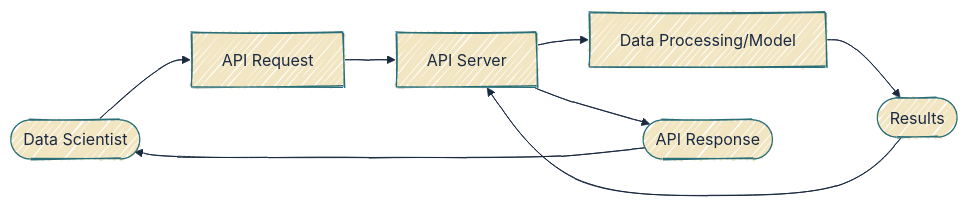
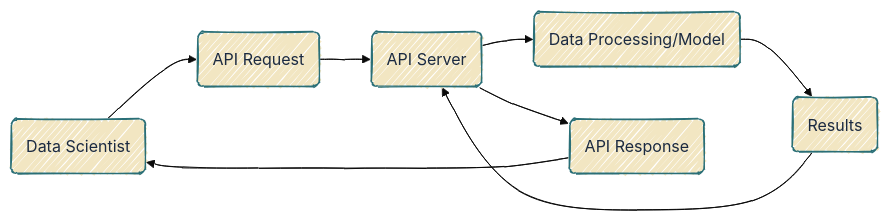
The fourth of 6 diagrams in lab03.qmd (mjfrigaard/do4ds-labs), drawn with Mermaid before and after one commit. The commit also changed other lines of this file and 37 other files, not shown here.

Commit message:
updates to mermaid

````diff
--- a/lab03.qmd
+++ b/lab03.qmd
@@ -226,16 +232,17 @@
 ```{mermaid}
 %%| fig-cap: 'APIs'
 %%| fig-align: center
-%%{init: {'theme': 'base', 'look': 'handDrawn', 'themeVariables': { 'fontFamily': 'monospace', "fontSize":"16px", 'primaryColor': '#F2E6C2', 'primaryBorderColor': '#2A6F77', 'primaryTextColor': '#1B2A41', 'secondaryColor': '#d4e7e4', 'tertiaryColor': '#f5f0e4', 'lineColor': '#1B2A41', 'edgeLabelBackground': '#F2E6C2'}}}%%
+%%{init: {'theme': 'base', 'look': 'handDrawn', 'themeVariables': {'fontFamily': 'monospace'}}}%%
 
 graph LR
-    DS(["Data Scientist"]) --> Req["API Request"]
-    Req --> ApiServ["API Server"]
-    ApiServ --> DataProcMod["Data Processing/Model"]
-    DataProcMod --> Res(["Results"])
+    DS("Data Scientist") --> Req("API Request")
+    Req --> ApiServ("API Server")
+    ApiServ --> DataProcMod("Data Processing/Model")
+    DataProcMod --> Res("Results")
     Res --> ApiServ
-    ApiServ --> APIResp(["API Response"])
+    ApiServ --> APIResp("API Response")
     APIResp --> DS
+    classDef default fill:#F2E6C2,stroke:#2A6F77,color:#1B2A41
     
     
 ```
````
